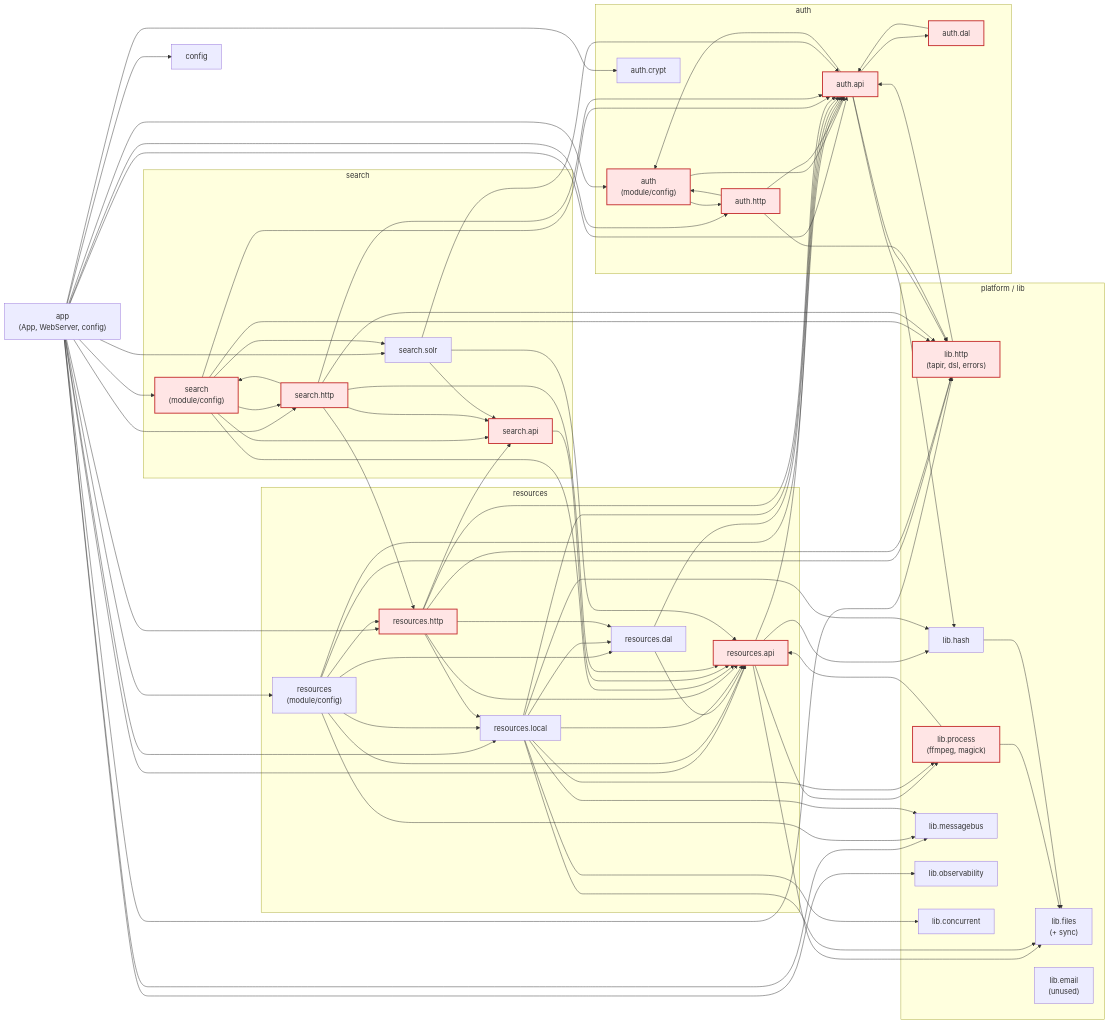
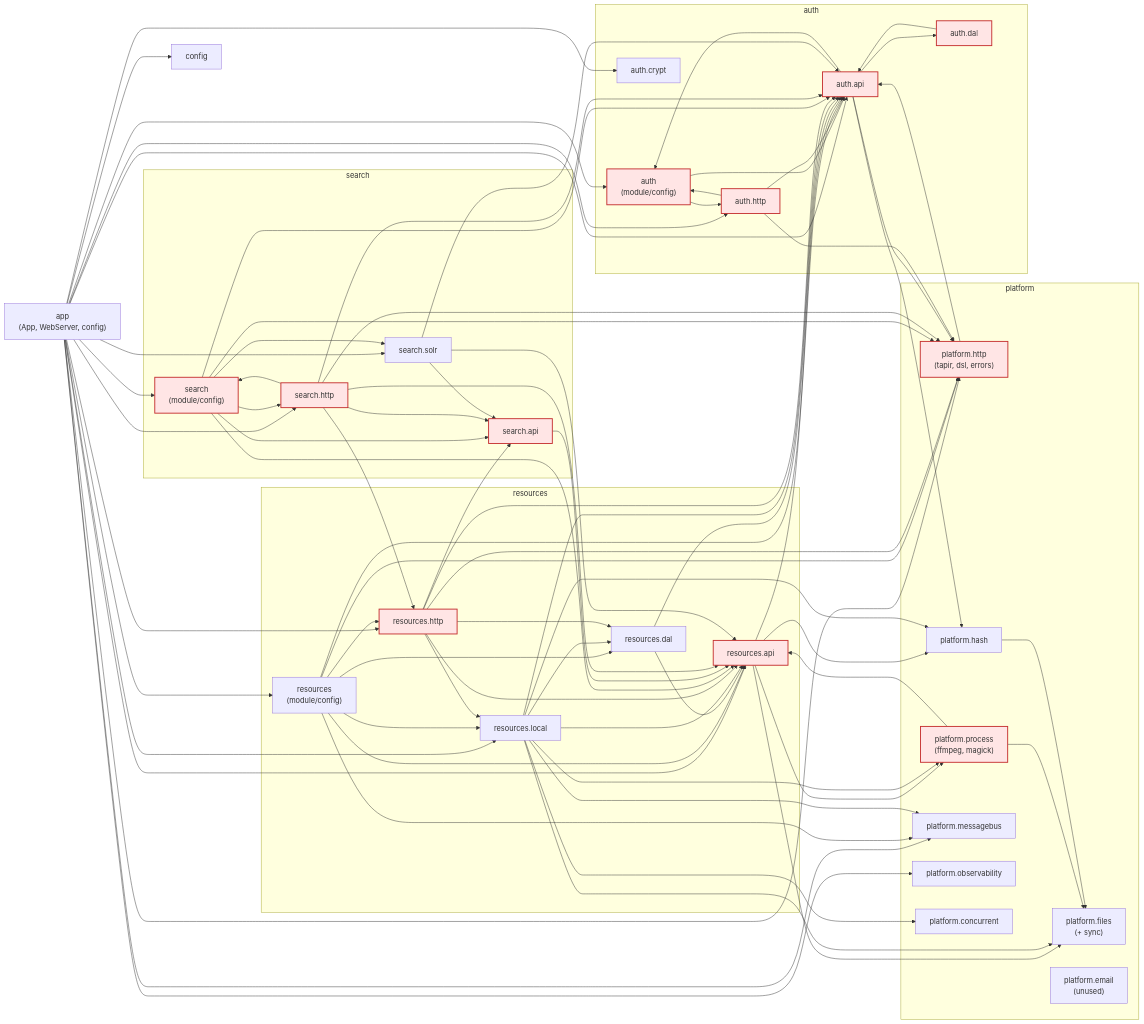
The first of 2 diagrams in docs/modules/module-boundaries.md (merlijn/amony), drawn with Mermaid before and after one commit. The commit also changed other lines of this file and 188 other files, not shown here.

Commit message:
refactor(backend): rename lib to platform

````diff
--- a/docs/modules/module-boundaries.md
+++ b/docs/modules/module-boundaries.md
@@ -20,15 +20,15 @@
 flowchart LR
   app["app<br/>(App, WebServer, config)"]
 
-  subgraph platform_group["platform / lib"]
-    lib_http["lib.http<br/>(tapir, dsl, errors)"]
-    lib_process["lib.process<br/>(ffmpeg, magick)"]
-    lib_files["lib.files<br/>(+ sync)"]
-    lib_hash["lib.hash"]
-    lib_msg["lib.messagebus"]
-    lib_obs["lib.observability"]
-    lib_conc["lib.concurrent"]
-    lib_email["lib.email<br/>(unused)"]
+  subgraph platform_group["platform"]
+    platform_http["platform.http<br/>(tapir, dsl, errors)"]
+    platform_process["platform.process<br/>(ffmpeg, magick)"]
+    platform_files["platform.files<br/>(+ sync)"]
+    platform_hash["platform.hash"]
+    platform_msg["platform.messagebus"]
+    platform_obs["platform.observability"]
+    platform_conc["platform.concurrent"]
+    platform_email["platform.email<br/>(unused)"]
   end
 
   subgraph auth_group["auth"]
@@ -68,19 +68,19 @@
   app --> search_solr
   app --> search_http
   app --> config
-  app --> lib_http
-  app --> lib_msg
-  app --> lib_obs
+  app --> platform_http
+  app --> platform_msg
+  app --> platform_obs
 
   auth --> auth_api
   auth --> auth_http
   auth_api --> auth
   auth_api --> auth_dal
-  auth_api --> lib_http
-  auth_api --> lib_hash
+  auth_api --> platform_http
+  auth_api --> platform_hash
   auth_http --> auth
   auth_http --> auth_api
-  auth_http --> lib_http
+  auth_http --> platform_http
   auth_dal --> auth_api
 
   res --> res_api
@@ -88,51 +88,51 @@
   res --> res_http
   res --> res_local
   res --> auth_api
-  res --> lib_http
-  res --> lib_msg
+  res --> platform_http
+  res --> platform_msg
   res_api --> auth_api
-  res_api --> lib_files
-  res_api --> lib_hash
-  res_api --> lib_process
+  res_api --> platform_files
+  res_api --> platform_hash
+  res_api --> platform_process
   res_dal --> res_api
   res_dal --> auth_api
   res_local --> res_api
   res_local --> res_dal
   res_local --> auth_api
-  res_local --> lib_files
-  res_local --> lib_hash
-  res_local --> lib_msg
-  res_local --> lib_conc
-  res_local --> lib_process
+  res_local --> platform_files
+  res_local --> platform_hash
+  res_local --> platform_msg
+  res_local --> platform_conc
+  res_local --> platform_process
   res_http --> res_api
   res_http --> res_dal
   res_http --> res_local
   res_http --> auth_api
   res_http --> search_api
-  res_http --> lib_http
+  res_http --> platform_http
 
   search --> search_api
   search --> search_http
   search --> search_solr
   search --> auth_api
   search --> res_api
-  search --> lib_http
+  search --> platform_http
   search_api --> res_api
   search_http --> search_api
   search_http --> search
   search_http --> auth_api
   search_http --> res_api
   search_http --> res_http
-  search_http --> lib_http
+  search_http --> platform_http
   search_solr --> search_api
   search_solr --> auth_api
   search_solr --> res_api
 
-  lib_http --> auth_api
-  lib_process --> res_api
-  lib_process --> lib_files
-  lib_hash --> lib_files
+  platform_http --> auth_api
+  platform_process --> res_api
+  platform_process --> platform_files
+  platform_hash --> platform_files
 
   classDef cycle fill:#ffe5e5,stroke:#c53030,stroke-width:2px;
-  class lib_http,auth,auth_api,auth_dal,auth_http,lib_process,res_api,res_http,search_api,search,search_http cycle;
+  class platform_http,auth,auth_api,auth_dal,auth_http,platform_process,res_api,res_http,search_api,search,search_http cycle;
 ```
````
